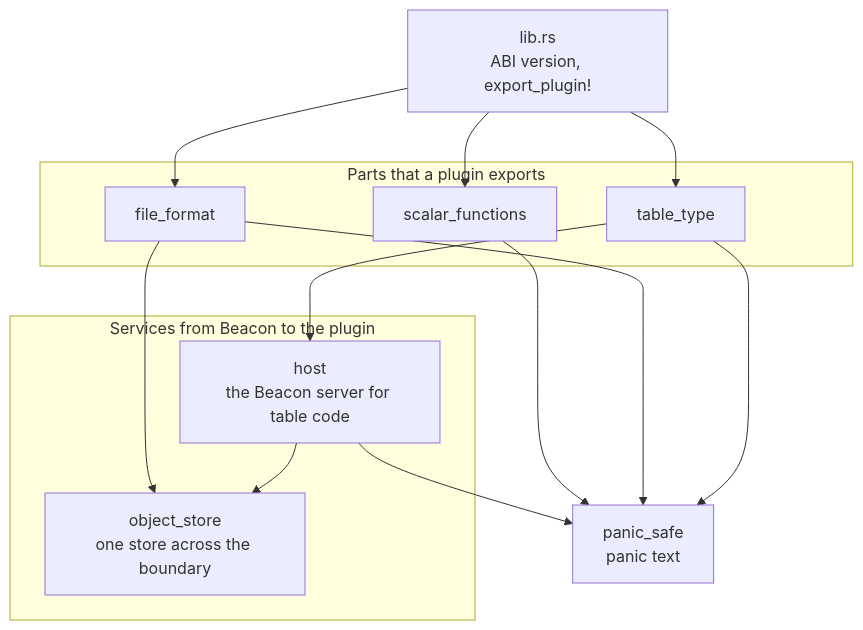
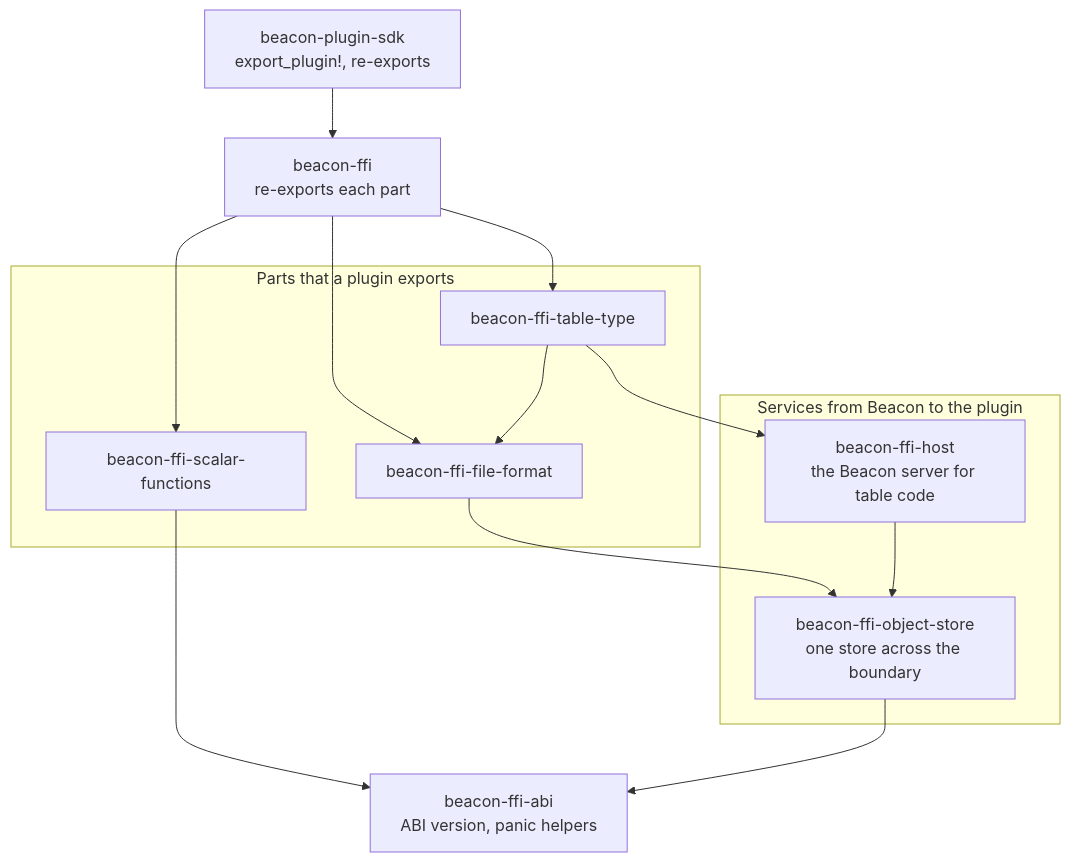
One commit to maris-development/beacon changed the fourth of 12 diagrams in beacon-db/beacon-plugin-sdk/ARCHITECTURE.md. Above: the diagram before and after it, drawn with Mermaid. The commit also changed other lines of this file, not shown here.

Commit message:
Describe the crate layout of the plugin SDK

````diff
--- a/beacon-db/beacon-plugin-sdk/ARCHITECTURE.md
+++ b/beacon-db/beacon-plugin-sdk/ARCHITECTURE.md
@@ -101,28 +119,29 @@
 ```mermaid
 flowchart TB
-    LIB["lib.rs<br/>ABI version, export_plugin!"]
+    SDK["beacon-plugin-sdk<br/>export_plugin!, re-exports"]
+    UMB["beacon-ffi<br/>re-exports each part"]
 
     subgraph PARTS["Parts that a plugin exports"]
-        SF["scalar_functions"]
-        FF["file_format"]
-        TT["table_type"]
+        SF["beacon-ffi-scalar-functions"]
+        FF["beacon-ffi-file-format"]
+        TT["beacon-ffi-table-type"]
     end
 
     subgraph SERVICES["Services from Beacon to the plugin"]
-        OS["object_store<br/>one store across the boundary"]
-        HOST["host<br/>the Beacon server for table code"]
+        OS["beacon-ffi-object-store<br/>one store across the boundary"]
+        HOST["beacon-ffi-host<br/>the Beacon server for table code"]
     end
 
-    PS["panic_safe<br/>panic text"]
+    ABI["beacon-ffi-abi<br/>ABI version, panic helpers"]
 
-    LIB --> SF
-    LIB --> FF
-    LIB --> TT
+    SDK --> UMB
+    UMB --> SF
+    UMB --> FF
+    UMB --> TT
     FF --> OS
     TT --> HOST
+    TT --> FF
     HOST --> OS
-    SF --> PS
-    FF --> PS
-    TT --> PS
-    HOST --> PS
+    SF --> ABI
+    OS --> ABI
 ```
````
